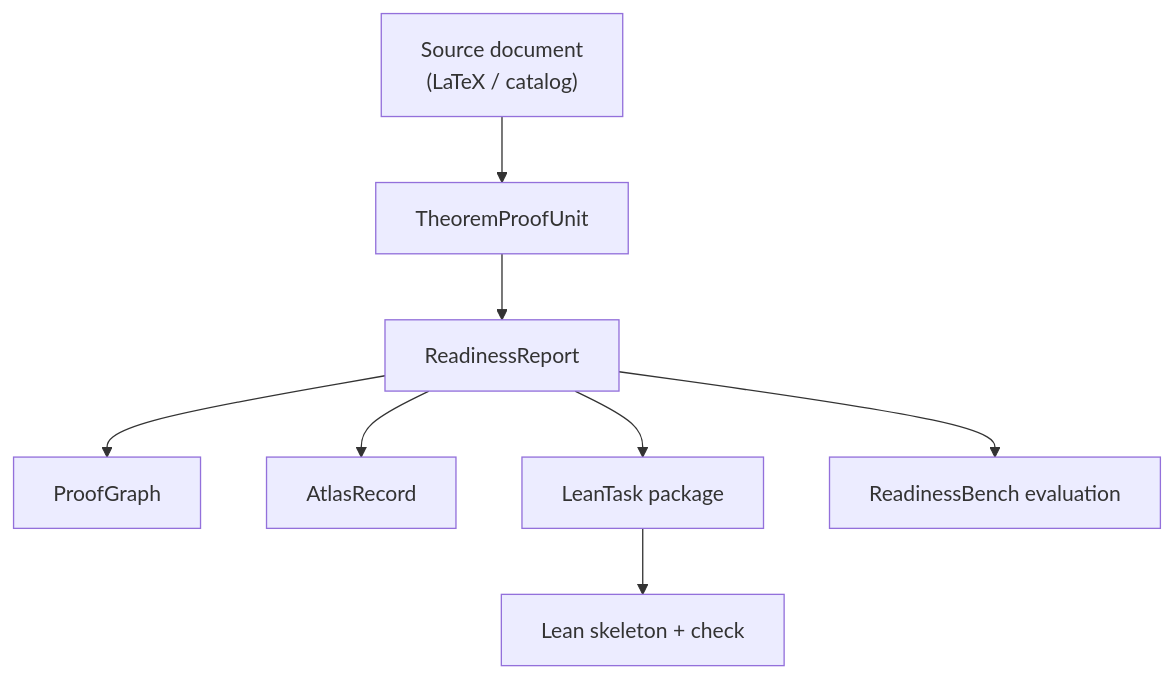
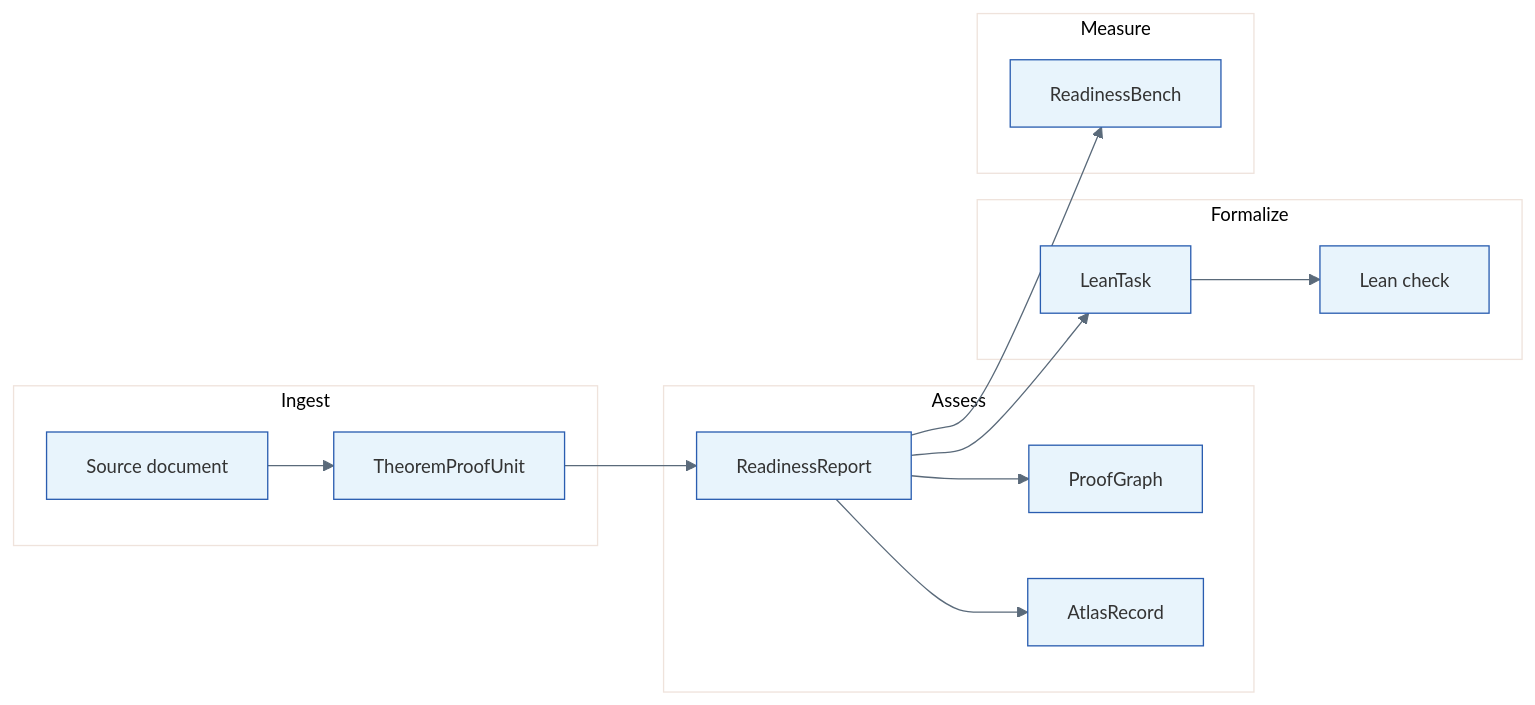
One commit to fraware/formalization-readiness-engine changed the diagram in README.md. Above: the diagram before and after it, drawn with Mermaid. The commit also changed other lines of this file and 1 other file, not shown here.

````diff
--- a/README.md
+++ b/README.md
@@ -88,19 +161,29 @@
 ```mermaid
-flowchart TD
-    SD["Source document<br/>(LaTeX / catalog)"]
-    TPU["TheoremProofUnit"]
-    RR["ReadinessReport"]
-    PG["ProofGraph"]
-    AR["AtlasRecord"]
-    LT["LeanTask package"]
-    LEAN["Lean skeleton + check"]
-    RB["ReadinessBench evaluation"]
+%%{init: {'theme': 'base', 'themeVariables': { 'primaryColor': '#e8f4fc', 'primaryBorderColor': '#2a5db0', 'lineColor': '#5a6a7a', 'fontSize': '14px'}}}%%
+flowchart LR
+    subgraph ingest["Ingest"]
+        SD["Source document"]
+        TPU["TheoremProofUnit"]
+    end
 
-    SD --> TPU
-    TPU --> RR
+    subgraph assess["Assess"]
+        RR["ReadinessReport"]
+        PG["ProofGraph"]
+        AR["AtlasRecord"]
+    end
+
+    subgraph formalize["Formalize"]
+        LT["LeanTask"]
+        LEAN["Lean check"]
+    end
+
+    subgraph measure["Measure"]
+        RB["ReadinessBench"]
+    end
+
+    SD --> TPU --> RR
     RR --> PG
     RR --> AR
-    RR --> LT
-    LT --> LEAN
+    RR --> LT --> LEAN
     RR --> RB
 ```
````
